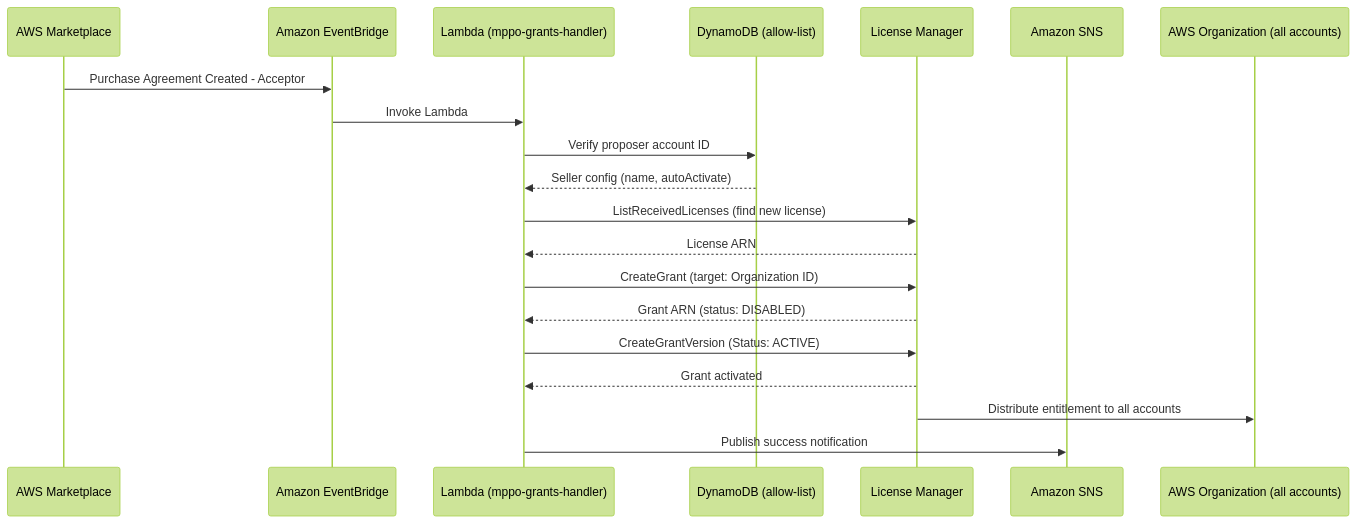
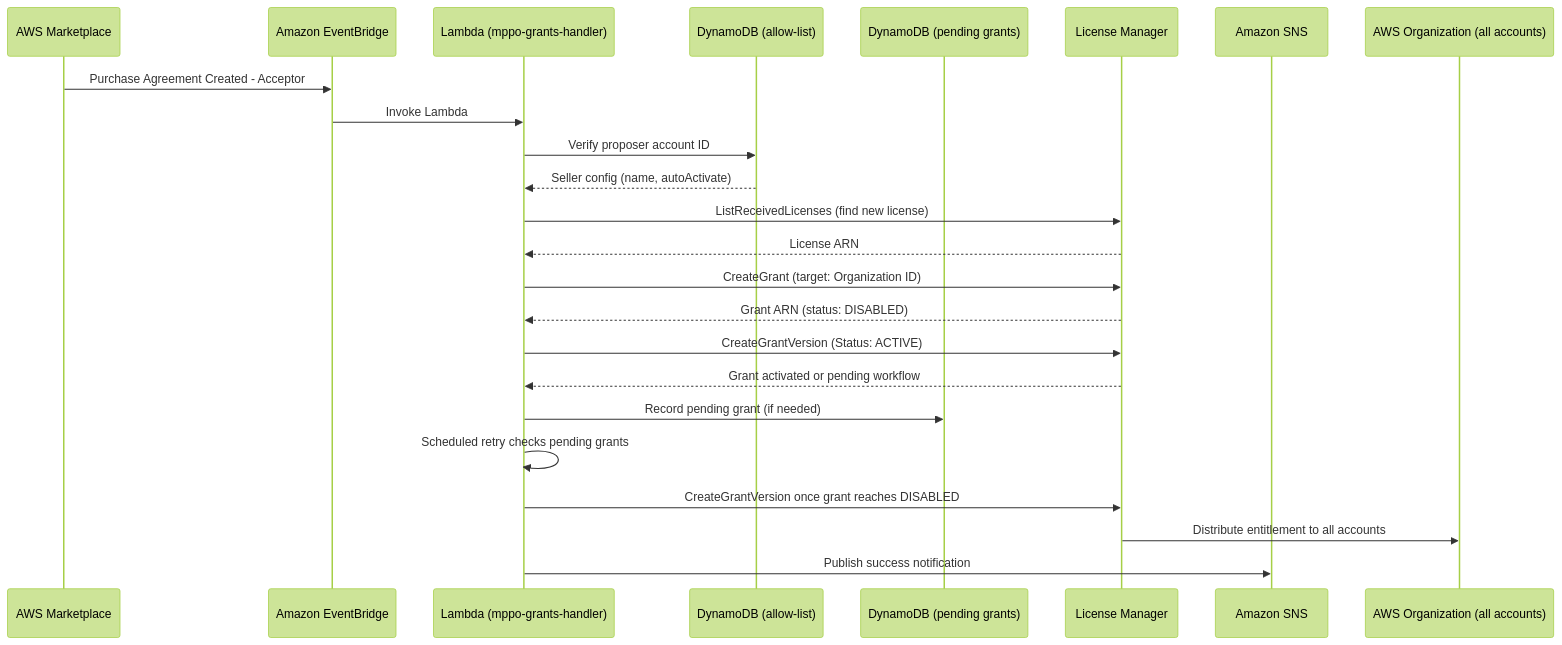
The diagram in README.md (aws-samples/sample-bedrock-managed-entitlements), drawn with Mermaid (forest theme) before and after one commit. The commit also changed other lines of this file and 7 other files, not shown here.

````diff
--- a/README.md
+++ b/README.md
@@ -150,23 +151,27 @@
 ```mermaid
 sequenceDiagram
     participant MP as AWS Marketplace
     participant EB as Amazon EventBridge
     participant LF as Lambda (mppo-grants-handler)
     participant DB as DynamoDB (allow-list)
+    participant PDB as DynamoDB (pending grants)
     participant LM as License Manager
     participant SNS as Amazon SNS
     participant ORG as AWS Organization (all accounts)
 
     MP->>EB: Purchase Agreement Created - Acceptor
     EB->>LF: Invoke Lambda
     LF->>DB: Verify proposer account ID
     DB-->>LF: Seller config (name, autoActivate)
     LF->>LM: ListReceivedLicenses (find new license)
     LM-->>LF: License ARN
     LF->>LM: CreateGrant (target: Organization ID)
     LM-->>LF: Grant ARN (status: DISABLED)
     LF->>LM: CreateGrantVersion (Status: ACTIVE)
-    LM-->>LF: Grant activated
+    LM-->>LF: Grant activated or pending workflow
+    LF->>PDB: Record pending grant (if needed)
+    LF->>LF: Scheduled retry checks pending grants
+    LF->>LM: CreateGrantVersion once grant reaches DISABLED
     LM->>ORG: Distribute entitlement to all accounts
     LF->>SNS: Publish success notification
 ```
````
